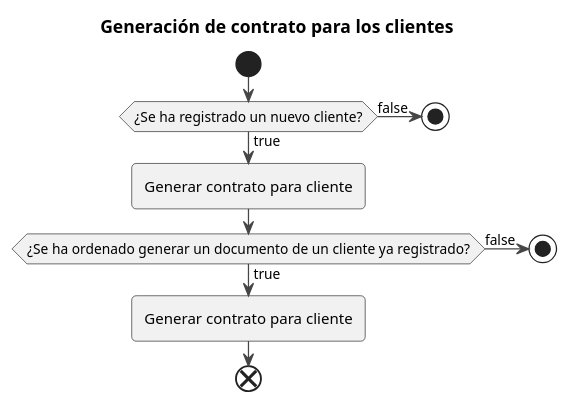
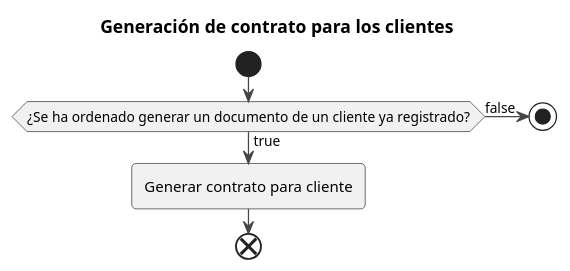
Before and after one commit to josueMerino/TFG-Docs: the diagram in gimnasio/casosDeUso/generacionContratos.plantuml, drawn with PlantUML. The commit also changed 13 other files, not shown here.

Commit message:
Diagramas de casos de uso completos de aparcamiento y gimnasio

```diff
--- a/gimnasio/casosDeUso/generacionContratos.plantuml
+++ b/gimnasio/casosDeUso/generacionContratos.plantuml
@@ -1,17 +1,12 @@
 @startuml
 !theme vibrant
 title Generación de contrato para los clientes
 start
 
-if(¿Se ha registrado un nuevo cliente?) then (true)
- :Generar contrato para cliente;
-else (false)
- stop
-endif
 if(¿Se ha ordenado generar un documento de un cliente ya registrado?) then (true)
  :Generar contrato para cliente;
 else (false)
  stop
 endif
 end
 @enduml
```
